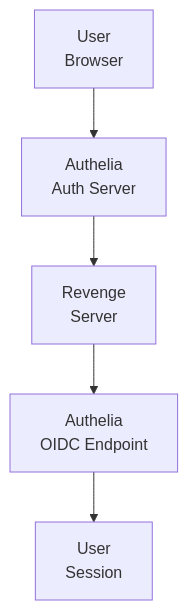
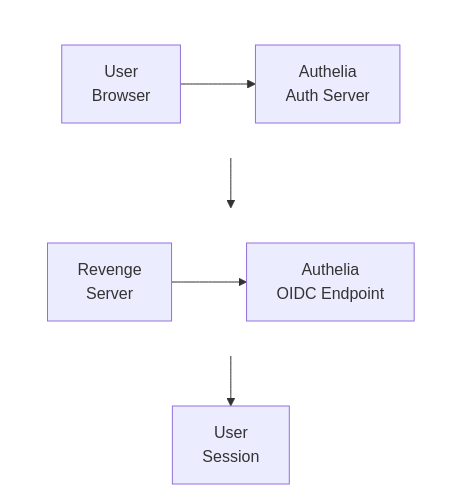
The diagram in docs/dev/design/integrations/auth/AUTHELIA.md (lusoris/revenge), drawn with Mermaid before and after one commit. The commit also changed 210 other files, not shown here.

First line of the commit message:
feat(docs): Add horizontal layout support for Mermaid diagrams

````diff
--- a/docs/dev/design/integrations/auth/AUTHELIA.md
+++ b/docs/dev/design/integrations/auth/AUTHELIA.md
@@ -59,12 +59,22 @@
 ```mermaid
 flowchart TD
-    node1["User<br/>Browser"]
-    node2["Authelia<br/>Auth Server"]
-    node3["Revenge<br/>Server"]
-    node4["Authelia<br/>OIDC Endpoint"]
+    subgraph row1[ ]
+        direction LR
+        node1["User<br/>Browser"]
+        node2["Authelia<br/>Auth Server"]
+    end
+    subgraph row2[ ]
+        direction LR
+        node3["Revenge<br/>Server"]
+        node4["Authelia<br/>OIDC Endpoint"]
+    end
     node5["User<br/>Session"]
     node1 --> node2
     node3 --> node4
     node2 --> node3
     node4 --> node5
+
+    %% Hide row subgraph borders
+    style row1 fill:transparent,stroke:transparent
+    style row2 fill:transparent,stroke:transparent
 ```
````
